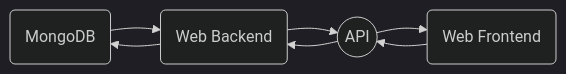
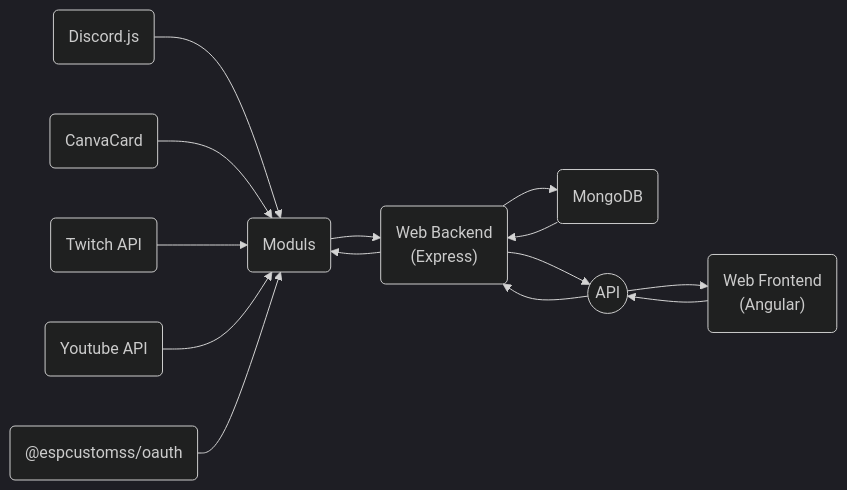
Before and after one commit to esp-customs/.github: the diagram in profile/README.md, drawn with Mermaid (dark theme).

Commit message:
Update mermaidflow

````diff
--- a/profile/README.md
+++ b/profile/README.md
@@ -13,11 +13,16 @@
 ```mermaid
-graph LR
-
-A(MongoDB)
-C --> A
-B((API)) --> D(Web Frontend)
-B((API)) --> C(Web Backend)
-C --> B
-A --> C
-D --> B
+flowchart LR
+	C("Web Backend\n(Express)") --> A("MongoDB")
+	B(("API")) --> D("Web Frontend\n(Angular)")
+	B --> C
+	C --> B
+	A --> C
+	D --> B
+	C --> 108697("Moduls")
+	108697 --> C
+	707316("Discord.js") --> 108697
+	472449("CanvaCard") --> 108697
+	250033("Twitch API") --> 108697
+	200431("Youtube API") --> 108697
+	351108("@espcustomss/oauth") --> 108697
 ```
````
